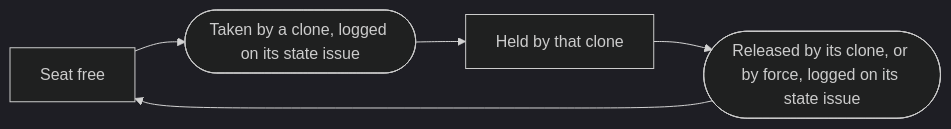
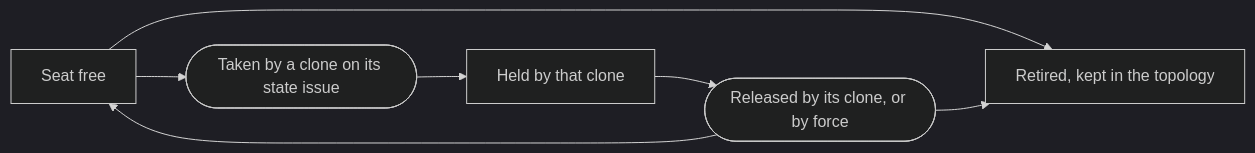
One commit to aleskalfas/project-kit changed the third of 3 diagrams in tech-docs/analysis/project-management/domain-model/060-parallel-work.md. Above: the diagram before and after it, drawn with Mermaid (dark theme). The commit also changed other lines of this file and 26 other files, not shown here.

````diff
--- a/tech-docs/analysis/project-management/domain-model/060-parallel-work.md
+++ b/tech-docs/analysis/project-management/domain-model/060-parallel-work.md
@@ -90,9 +99,11 @@
 ```mermaid
 flowchart LR
   accTitle: How a seat is taken and released
-  accDescr: A seat is free until a clone takes it. The clone holds it until the clone releases it, or until a release by force. Each taking and each release is logged on the seat's state issue.
-  free[Seat free] --> taken([Taken by a clone, logged on its state issue])
+  accDescr: A seat is free until a clone takes it on its state issue, where the first taking of a free seat holds. The clone holds the seat until the clone releases it, or until a release by force. A seat retired from the topology stays in its list, and one retired while held is released first.
+  free[Seat free] --> taken([Taken by a clone on its state issue])
   taken --> held[Held by that clone]
-  held --> released([Released by its clone, or by force, logged on its state issue])
+  held --> released([Released by its clone, or by force])
   released --> free
+  free --> retired[Retired, kept in the topology]
+  released --> retired
 ```
````
